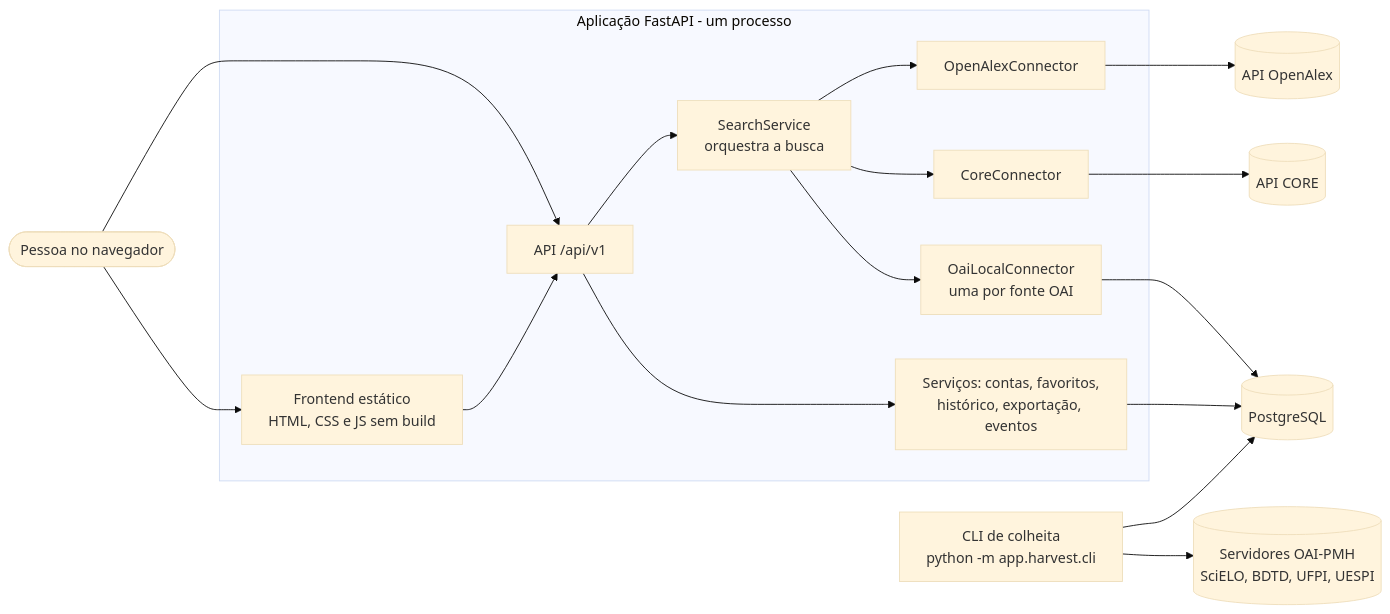
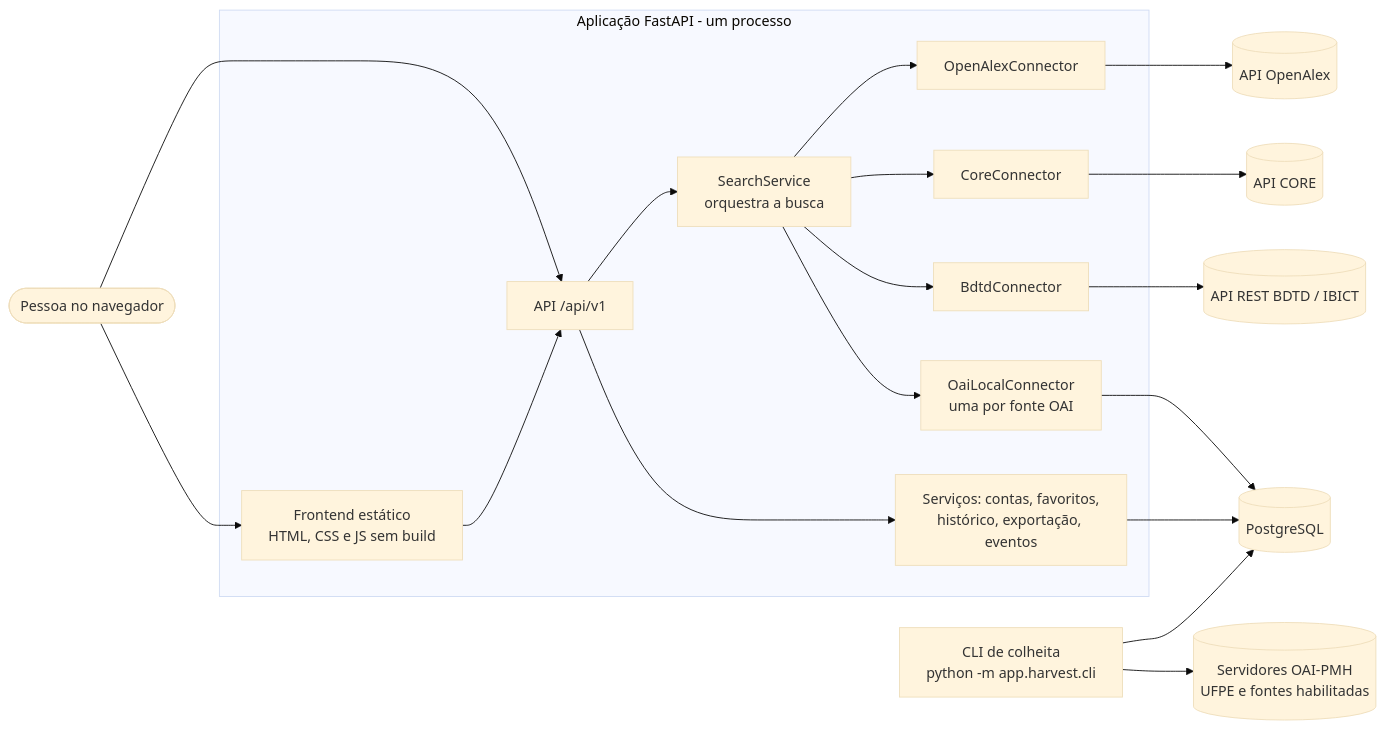
One commit to JVictorFreitasM/Projeto-tcc-Academic-Search-Hub-AHS- changed the first of 4 diagrams in docs/ARQUITETURA.md. Above: the diagram before and after it, drawn with Mermaid (base theme). The commit also changed other lines of this file and 65 other files, not shown here.

````diff
--- a/docs/ARQUITETURA.md
+++ b/docs/ARQUITETURA.md
@@ -13,30 +12,33 @@
 ```mermaid
 flowchart LR
     user([Pessoa no navegador])
     subgraph app [Aplicação FastAPI - um processo]
         fe[Frontend estático<br/>HTML, CSS e JS sem build]
         api[API /api/v1]
         search[SearchService<br/>orquestra a busca]
         c_oa[OpenAlexConnector]
         c_core[CoreConnector]
+        c_bdtd[BdtdConnector]
         c_oai[OaiLocalConnector<br/>uma por fonte OAI]
         svc[Serviços: contas, favoritos,<br/>histórico, exportação, eventos]
     end
     cli[CLI de colheita<br/>python -m app.harvest.cli]
     db[(PostgreSQL)]
     oa[(API OpenAlex)]
     core[(API CORE)]
-    oai[(Servidores OAI-PMH<br/>SciELO, BDTD, UFPI, UESPI)]
+    bdtd[(API REST BDTD / IBICT)]
+    oai[(Servidores OAI-PMH<br/>UFPE e fontes habilitadas)]
 
     user --> fe
     user --> api
     fe --> api
     api --> search
     api --> svc
     search --> c_oa --> oa
     search --> c_core --> core
+    search --> c_bdtd --> bdtd
     search --> c_oai --> db
     svc --> db
     cli --> oai
     cli --> db
 ```
````
